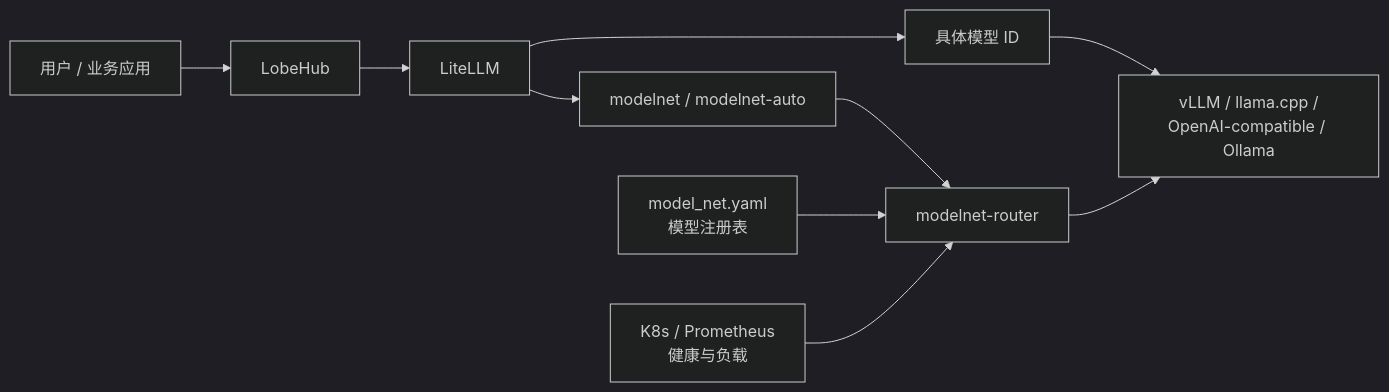
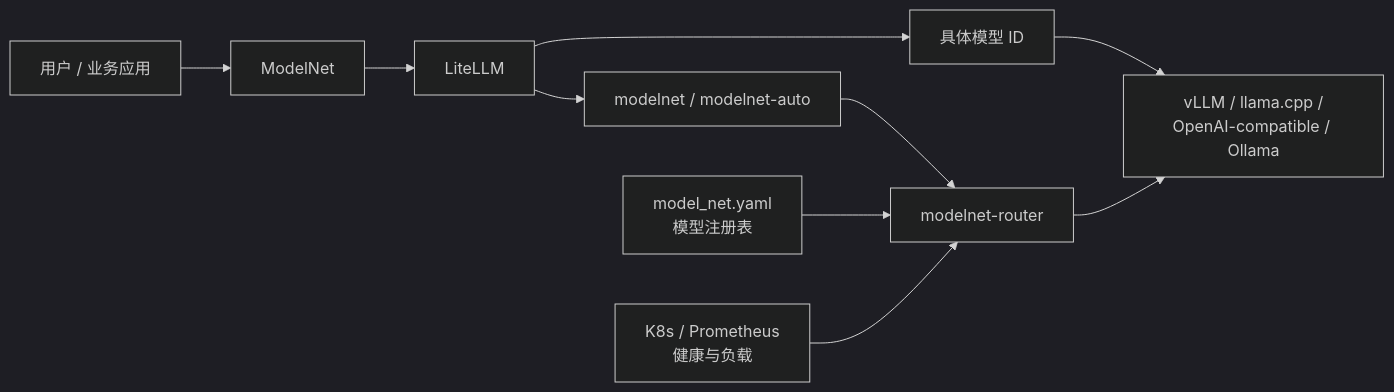
The first of 5 diagrams in docs/modelnet-routing-introduction.md (WNDS-JNU/ModelNet-Toc), drawn with Mermaid (dark theme) before and after one commit. The commit also changed 13881 other files, not shown here.

Commit message:
refactor: rebrand bundled app as ModelNet

````diff
--- a/docs/modelnet-routing-introduction.md
+++ b/docs/modelnet-routing-introduction.md
@@ -21,22 +21,22 @@
 ```mermaid
 flowchart LR
     User["用户 / 业务应用"]
-    Lobe["LobeHub"]
+    ModelNetApp["ModelNet"]
     Lite["LiteLLM"]
     Router["modelnet-router"]
     Registry["model_net.yaml\n模型注册表"]
     AutoAlias["modelnet / modelnet-auto"]
     Concrete["具体模型 ID"]
     K8s["K8s / Prometheus\n健康与负载"]
     Backend["vLLM / llama.cpp /\nOpenAI-compatible / Ollama"]
 
-    User --> Lobe
-    Lobe --> Lite
+    User --> ModelNetApp
+    ModelNetApp --> Lite
     Lite --> AutoAlias
     Lite --> Concrete
     AutoAlias --> Router
     Concrete --> Backend
     Registry --> Router
     K8s --> Router
     Router --> Backend
 ```
````
